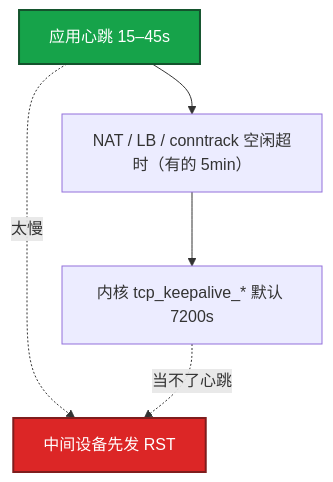
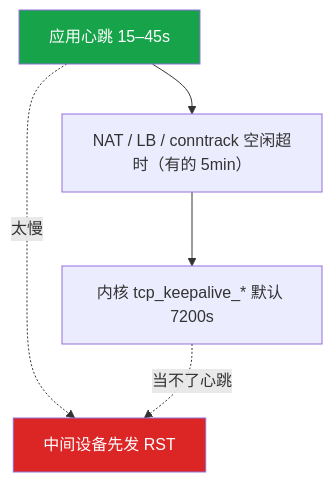
The seventh of 8 diagrams in 02-基础底座/08-TCP与UDP/知识点.md (ml-cuizijun/LearnToLilith), drawn with Mermaid before and after one commit. The commit also changed other lines of this file and 213 other files, not shown here.

````diff
--- a/02-基础底座/08-TCP与UDP/知识点.md
+++ b/02-基础底座/08-TCP与UDP/知识点.md
@@ -278,12 +225,12 @@
 ```mermaid
 flowchart TB
     A["应用心跳 15–45s"] --> B["NAT / LB / conntrack 空闲超时（有的 5min）"]
     B --> C["内核 tcp_keepalive_* 默认 7200s"]
     A -.->|太慢| D[中间设备先发 RST]
     C -.->|当不了心跳| D
 
-    classDef ok fill:#16A34A,stroke:#14532D,stroke-width:2px,color:#fff
-    classDef bad fill:#DC2626,stroke:#7F1D1D,stroke-width:2px,color:#fff
+    classDef ok fill:#16A34A,color:#fff
+    classDef bad fill:#DC2626,color:#fff
     class A ok
     class D bad
 ```
````
